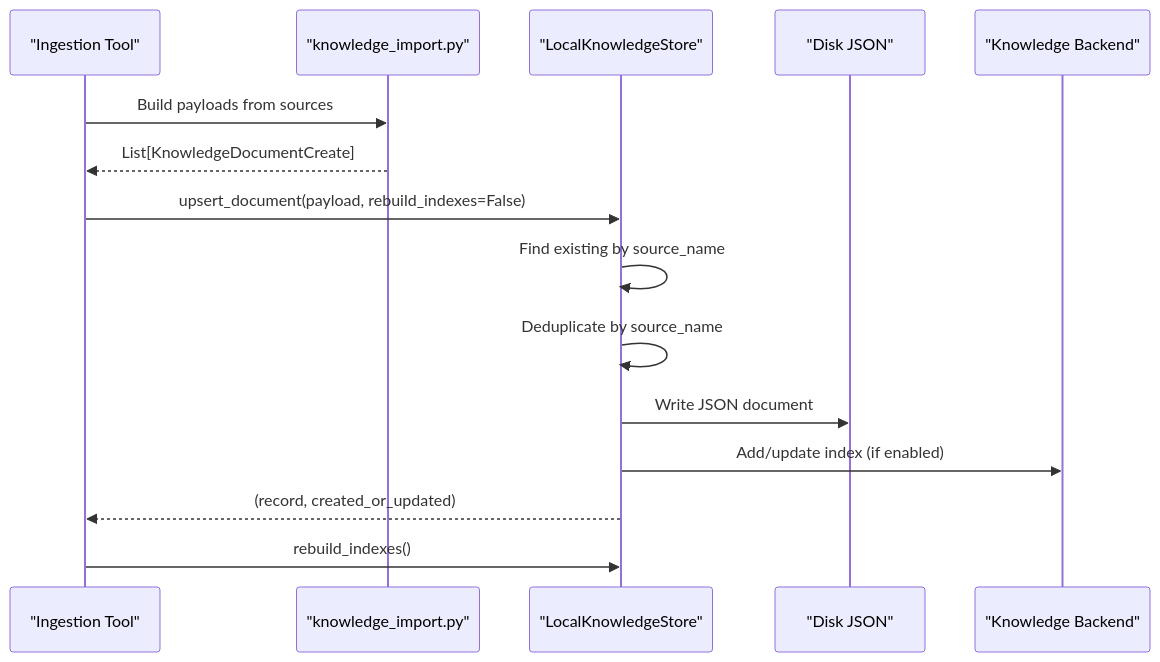
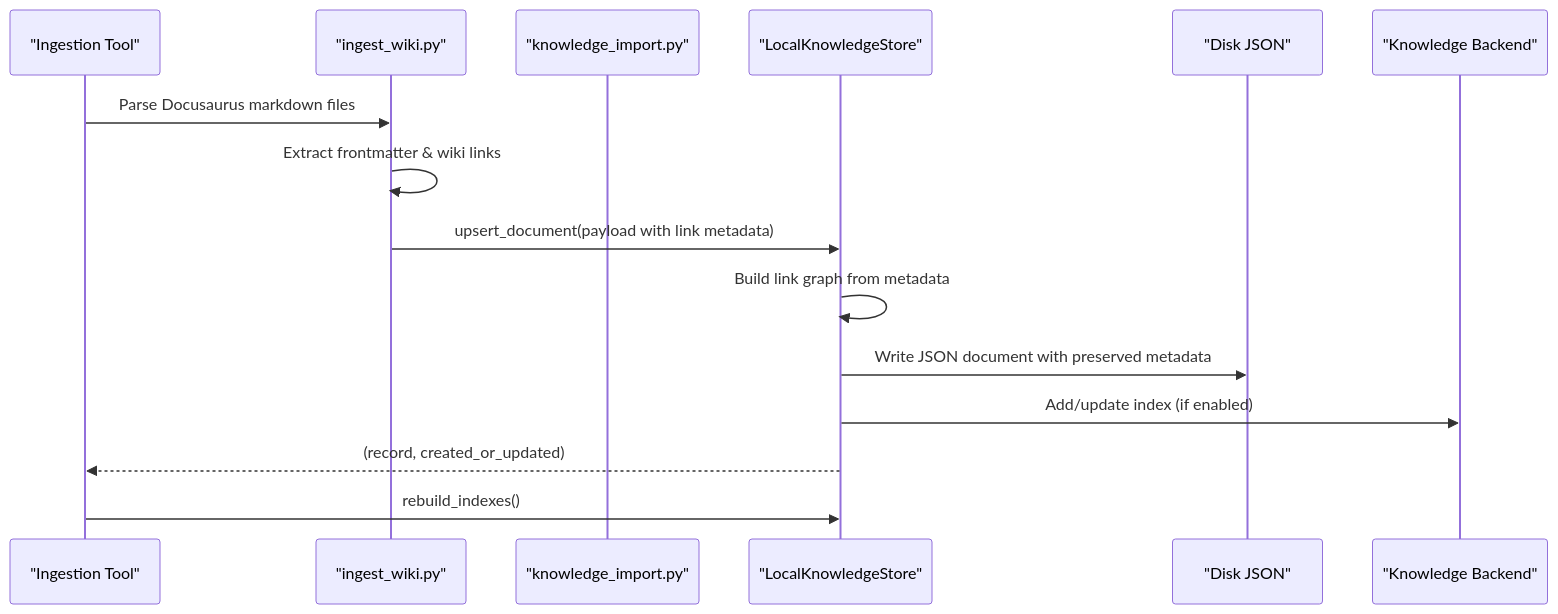
The second of 6 diagrams in .qoder/repowiki/en/content/Knowledge Management/Knowledge Ingestion Pipeline.md (intellistream/sage-mate), drawn with Mermaid before and after one commit. The commit also changed other lines of this file and 136 other files, not shown here.

First line of the commit message:
chore: source updates, bidirectional link graph, data and repowiki refresh

````diff
--- a/.qoder/repowiki/en/content/Knowledge Management/Knowledge Ingestion Pipeline.md
+++ b/.qoder/repowiki/en/content/Knowledge Management/Knowledge Ingestion Pipeline.md
@@ -84,17 +102,17 @@
 ```mermaid
 sequenceDiagram
 participant Tool as "Ingestion Tool"
+participant WikiParser as "ingest_wiki.py"
 participant Import as "knowledge_import.py"
 participant Store as "LocalKnowledgeStore"
 participant FS as "Disk JSON"
 participant VDB as "Knowledge Backend"
-Tool->>Import : Build payloads from sources
-Import-->>Tool : List[KnowledgeDocumentCreate]
-Tool->>Store : upsert_document(payload, rebuild_indexes=False)
-Store->>Store : Find existing by source_name
-Store->>Store : Deduplicate by source_name
-Store->>FS : Write JSON document
+Tool->>WikiParser : Parse Docusaurus markdown files
+WikiParser->>WikiParser : Extract frontmatter & wiki links
+WikiParser->>Store : upsert_document(payload with link metadata)
+Store->>Store : Build link graph from metadata
+Store->>FS : Write JSON document with preserved metadata
 Store->>VDB : Add/update index (if enabled)
 Store-->>Tool : (record, created_or_updated)
 Tool->>Store : rebuild_indexes()
 ```
````
